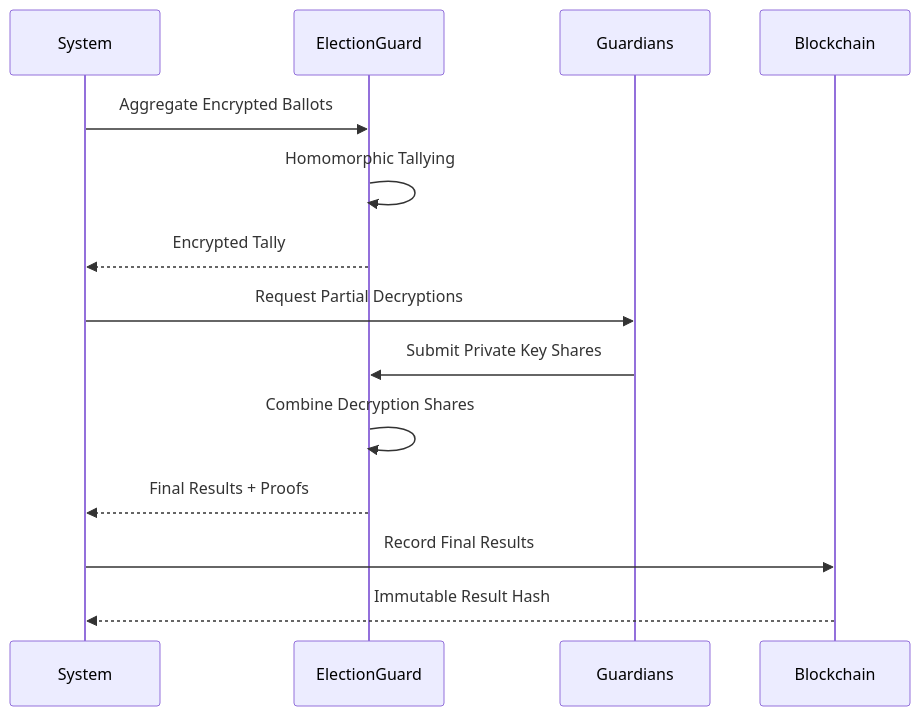
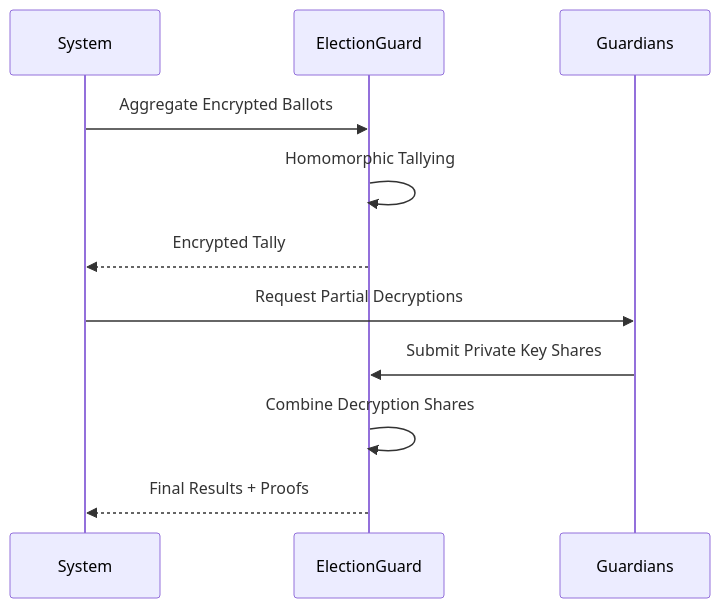
One commit to TAR2003/AmarVote changed the third of 3 diagrams in README.md. Above: the diagram before and after it, drawn with Mermaid. The commit also changed other lines of this file and 34 other files, not shown here.

````diff
--- a/README.md
+++ b/README.md
@@ -342,17 +310,14 @@
 ```mermaid
 sequenceDiagram
     participant System as System
     participant EG as ElectionGuard
     participant Guardians as Guardians
-    participant BC as Blockchain
 
     System->>EG: Aggregate Encrypted Ballots
     EG->>EG: Homomorphic Tallying
     EG-->>System: Encrypted Tally
     System->>Guardians: Request Partial Decryptions
     Guardians->>EG: Submit Private Key Shares
     EG->>EG: Combine Decryption Shares
     EG-->>System: Final Results + Proofs
-    System->>BC: Record Final Results
-    BC-->>System: Immutable Result Hash
 ```
````
